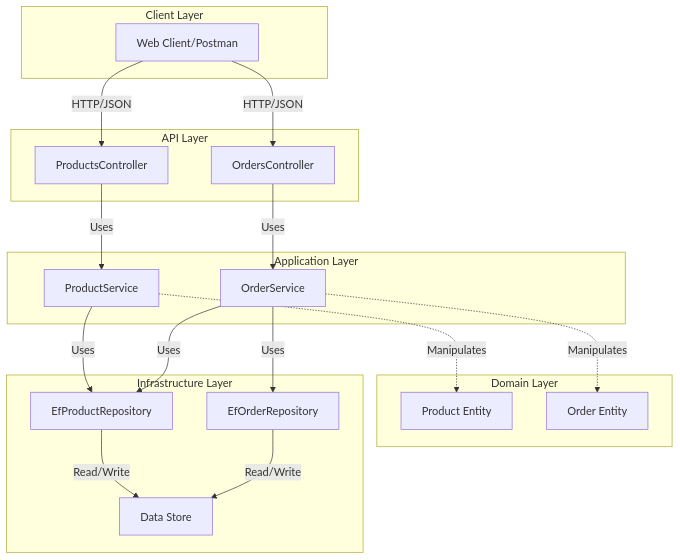
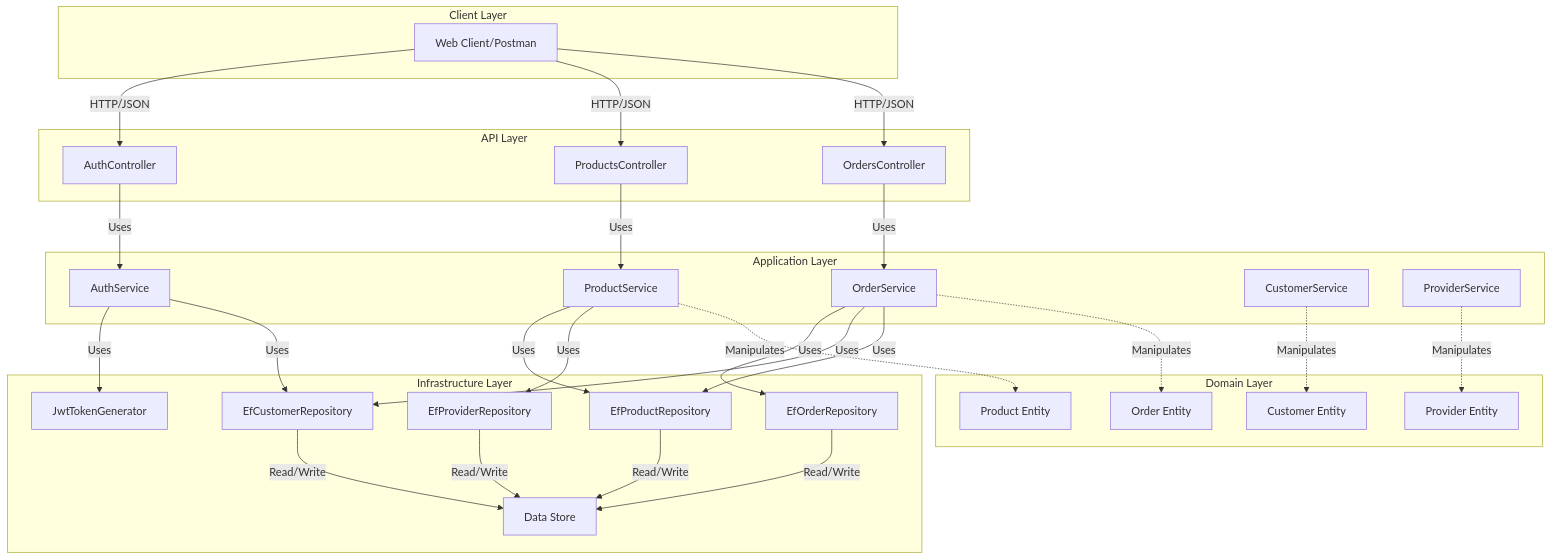
One commit to Loick-Dev1/Dev-Avanc-C changed the diagram in docs/diagrams/component_diagram.md. Above: the diagram before and after it, drawn with Mermaid. The commit also changed 45 other files, not shown here.

````diff
--- a/docs/diagrams/component_diagram.md
+++ b/docs/diagrams/component_diagram.md
@@ -5,43 +5,62 @@
 ```mermaid
 graph TD
     subgraph ClientLayer [Client Layer]
         Client[Web Client/Postman]
     end
 
     subgraph APILayer [API Layer]
+        AC[AuthController]
         PC[ProductsController]
         OC[OrdersController]
     end
 
     subgraph ApplicationLayer [Application Layer]
+        AS[AuthService]
         PS[ProductService]
         OS[OrderService]
+        CS[CustomerService]
+        PrS[ProviderService]
     end
 
     subgraph DomainLayer [Domain Layer]
         PE[Product Entity]
         OE[Order Entity]
+        CE[Customer Entity]
+        PrE[Provider Entity]
     end
 
     subgraph InfrastructureLayer [Infrastructure Layer]
+        JWT[JwtTokenGenerator]
         EPR[EfProductRepository]
         EOR[EfOrderRepository]
+        ECR[EfCustomerRepository]
+        EPrR[EfProviderRepository]
         DS[Data Store]
     end
 
+    Client -->|HTTP/JSON| AC
     Client -->|HTTP/JSON| PC
     Client -->|HTTP/JSON| OC
 
+    AC -->|Uses| AS
     PC -->|Uses| PS
     OC -->|Uses| OS
 
+    AS -->|Uses| JWT
+    AS -->|Uses| ECR
     PS -->|Uses| EPR
+    PS -->|Uses| EPrR
     OS -->|Uses| EOR
+    OS -->|Uses| ECR
     OS -->|Uses| EPR
 
     EPR -->|Read/Write| DS
     EOR -->|Read/Write| DS
+    ECR -->|Read/Write| DS
+    EPrR -->|Read/Write| DS
 
     PS -.->|Manipulates| PE
     OS -.->|Manipulates| OE
+    CS -.->|Manipulates| CE
+    PrS -.->|Manipulates| PrE
 ```
````
